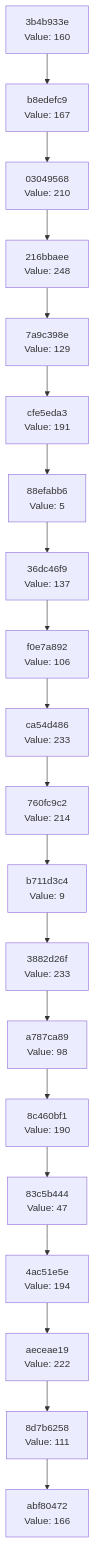
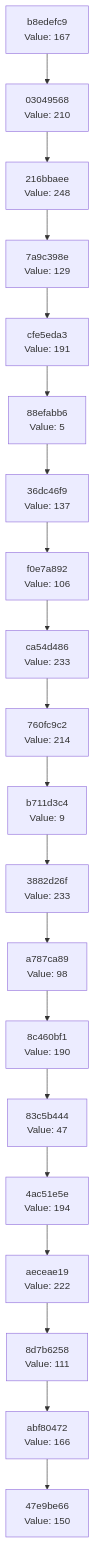
The diagram in docs/CHAIN_VISUALIZATION.md (Abhisheksinha1506/hash-chain-evolver), drawn with Mermaid before and after one commit. The commit also changed 3 other files, not shown here.

````diff
--- a/docs/CHAIN_VISUALIZATION.md
+++ b/docs/CHAIN_VISUALIZATION.md
@@ -3,42 +3,42 @@
 ```mermaid
 graph TD
-    C0["abf80472<br/>Value: 166"]
-    C1["8d7b6258<br/>Value: 111"]
+    C0["47e9be66<br/>Value: 150"]
+    C1["abf80472<br/>Value: 166"]
     C1 --> C0
-    C2["aeceae19<br/>Value: 222"]
+    C2["8d7b6258<br/>Value: 111"]
     C2 --> C1
-    C3["4ac51e5e<br/>Value: 194"]
+    C3["aeceae19<br/>Value: 222"]
     C3 --> C2
-    C4["83c5b444<br/>Value: 47"]
+    C4["4ac51e5e<br/>Value: 194"]
     C4 --> C3
-    C5["8c460bf1<br/>Value: 190"]
+    C5["83c5b444<br/>Value: 47"]
     C5 --> C4
-    C6["a787ca89<br/>Value: 98"]
+    C6["8c460bf1<br/>Value: 190"]
     C6 --> C5
-    C7["3882d26f<br/>Value: 233"]
+    C7["a787ca89<br/>Value: 98"]
     C7 --> C6
-    C8["b711d3c4<br/>Value: 9"]
+    C8["3882d26f<br/>Value: 233"]
     C8 --> C7
-    C9["760fc9c2<br/>Value: 214"]
+    C9["b711d3c4<br/>Value: 9"]
     C9 --> C8
-    C10["ca54d486<br/>Value: 233"]
+    C10["760fc9c2<br/>Value: 214"]
     C10 --> C9
-    C11["f0e7a892<br/>Value: 106"]
+    C11["ca54d486<br/>Value: 233"]
     C11 --> C10
-    C12["36dc46f9<br/>Value: 137"]
+    C12["f0e7a892<br/>Value: 106"]
     C12 --> C11
-    C13["88efabb6<br/>Value: 5"]
+    C13["36dc46f9<br/>Value: 137"]
     C13 --> C12
-    C14["cfe5eda3<br/>Value: 191"]
+    C14["88efabb6<br/>Value: 5"]
     C14 --> C13
-    C15["7a9c398e<br/>Value: 129"]
+    C15["cfe5eda3<br/>Value: 191"]
     C15 --> C14
-    C16["216bbaee<br/>Value: 248"]
+    C16["7a9c398e<br/>Value: 129"]
     C16 --> C15
-    C17["03049568<br/>Value: 210"]
+    C17["216bbaee<br/>Value: 248"]
     C17 --> C16
-    C18["b8edefc9<br/>Value: 167"]
+    C18["03049568<br/>Value: 210"]
     C18 --> C17
-    C19["3b4b933e<br/>Value: 160"]
+    C19["b8edefc9<br/>Value: 167"]
     C19 --> C18
 ```
````
